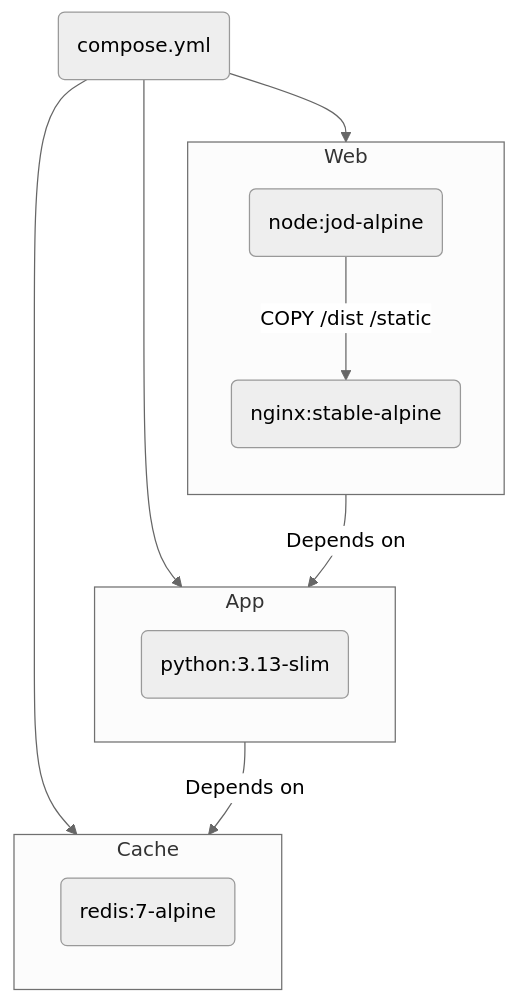
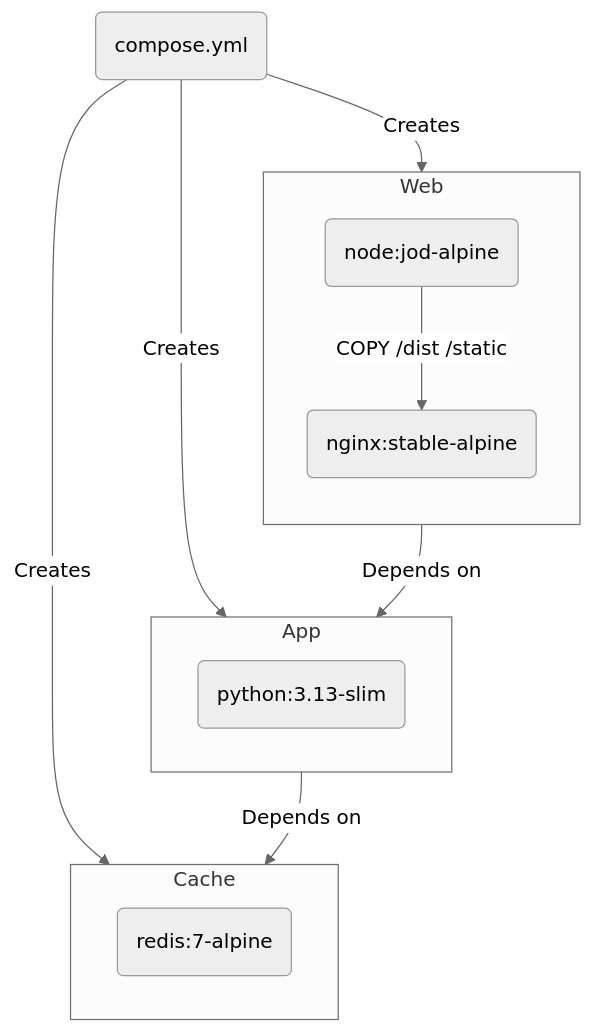
Before and after one commit to LandRegistry/govuk-frontend-flask: the first of 2 diagrams in README.md, drawn with Mermaid (neutral theme). The commit also changed other lines of this file and 13 other files, not shown here.

````diff
--- a/README.md
+++ b/README.md
@@ -62,25 +67,25 @@
 ```mermaid
 flowchart TB
     compose(compose.yml)
     nginx(nginx:stable-alpine)
     node(node:jod-alpine)
     python(python:3.13-slim)
     redis(redis:7-alpine)
 
-    compose --> App & Cache & Web
+    compose -- Creates --> App & Cache & Web
     App -- Depends on --> Cache
     Web -- Depends on --> App
+
+    subgraph Web
+        direction TB
+        node -- COPY /dist /static --> nginx
+    end
 
     subgraph App
         python
     end
 
     subgraph Cache
         redis
     end
-
-    subgraph Web
-        direction TB
-        node -- COPY /dist /static --> nginx
-    end
 ```
````
